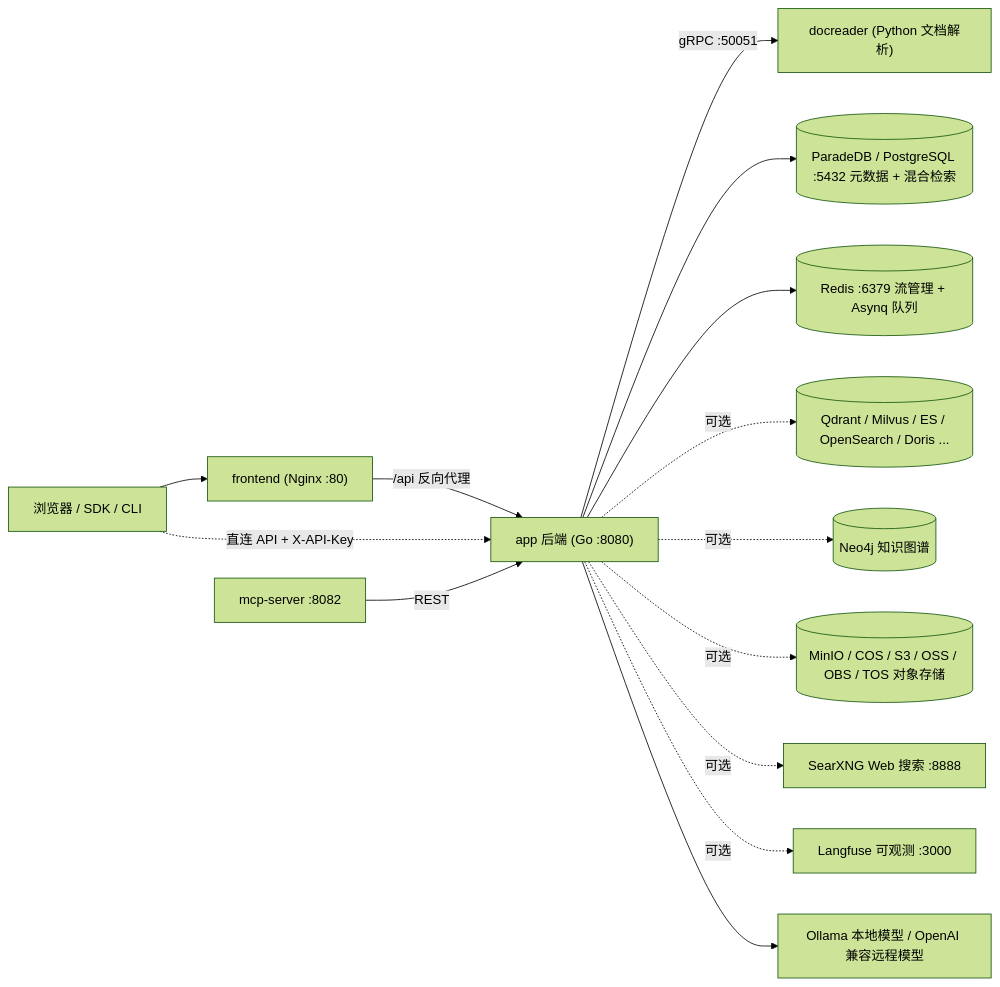
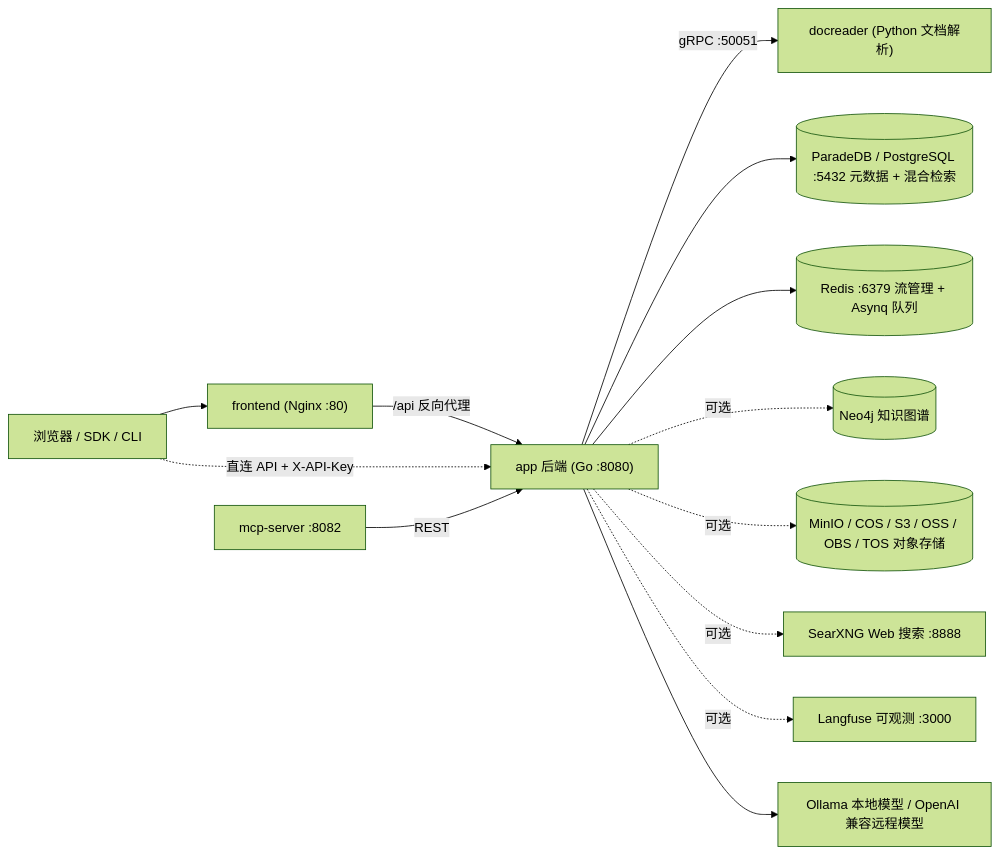
Before and after one commit to magicyuan876/Yuheng: the second of 2 diagrams in website-docs/01-getting-started/01-introduction.md, drawn with Mermaid (forest theme). The commit also changed other lines of this file and 37 other files, not shown here.

````diff
--- a/website-docs/01-getting-started/01-introduction.md
+++ b/website-docs/01-getting-started/01-introduction.md
@@ -127,16 +124,15 @@
 ```mermaid
 flowchart LR
     Browser["浏览器 / SDK / CLI"] --> FE["frontend (Nginx :80)"]
     FE -- "/api 反向代理" --> APP["app 后端 (Go :8080)"]
     Browser -. "直连 API + X-API-Key" .-> APP
     APP -- "gRPC :50051" --> DR["docreader (Python 文档解析)"]
     APP --> PG[("ParadeDB / PostgreSQL :5432 元数据 + 混合检索")]
     APP --> RD[("Redis :6379 流管理 + Asynq 队列")]
-    APP -. "可选" .-> VDB[("Qdrant / Milvus / ES / OpenSearch / Doris ...")]
     APP -. "可选" .-> NEO[("Neo4j 知识图谱")]
     APP -. "可选" .-> OSS[("MinIO / COS / S3 / OSS / OBS / TOS 对象存储")]
     APP -. "可选" .-> SX["SearXNG Web 搜索 :8888"]
     APP -. "可选" .-> LF["Langfuse 可观测 :3000"]
     APP --> LLM["Ollama 本地模型 / OpenAI 兼容远程模型"]
     MCPS["mcp-server :8082"] -- "REST" --> APP
 ```
````
